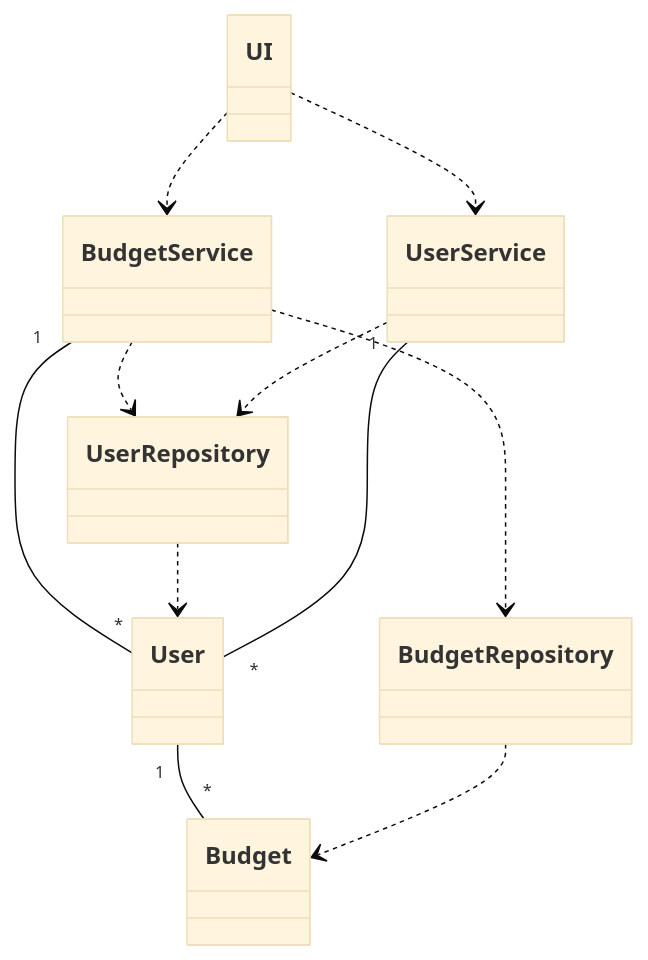
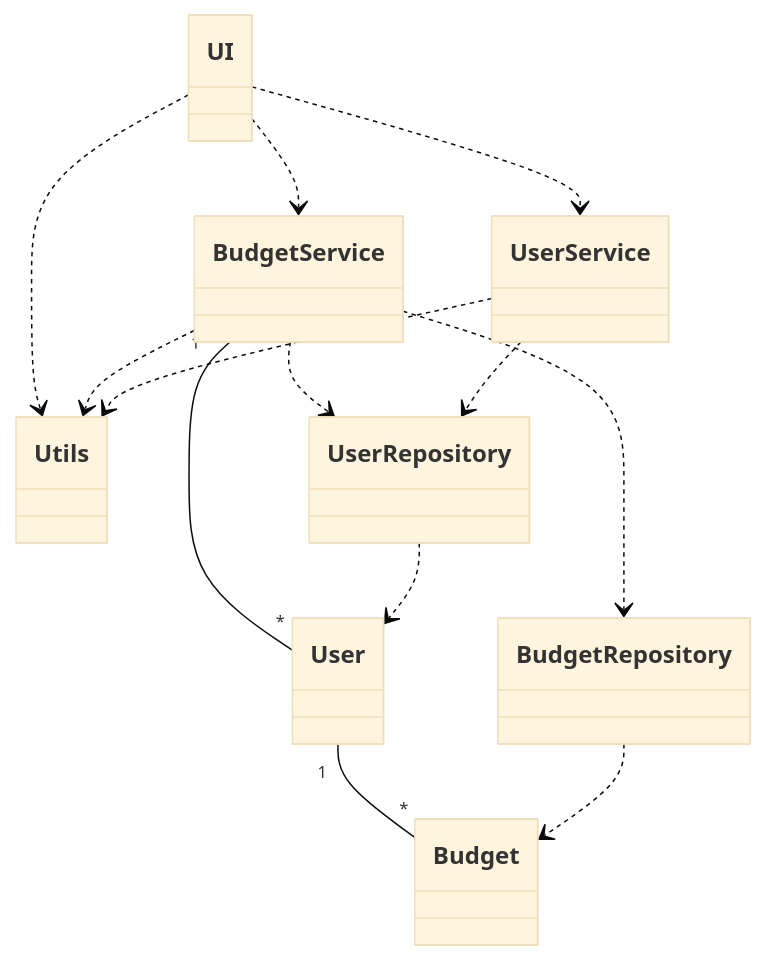
The second of 5 diagrams in dokumentaatio/arkkitehtuuri.md (jensjvh/ot-harjoitusty-), drawn with Mermaid (base theme) before and after one commit. The commit also changed other lines of this file, not shown here.

````diff
--- a/dokumentaatio/arkkitehtuuri.md
+++ b/dokumentaatio/arkkitehtuuri.md
@@ -21,13 +23,15 @@
 ```mermaid
   classDiagram
     UI  ..> BudgetService
+    UI  ..> UserService
+    UI  ..> Utils
     BudgetService ..> UserRepository
     BudgetService ..> BudgetRepository
+    BudgetService ..> Utils
+    UserService ..> UserRepository
+    UserService ..> Utils
     BudgetService "1" -- "*" User
     User "1" -- "*" Budget
     UserRepository ..> User
     BudgetRepository ..> Budget
-    UI ..> UserService
-    UserService ..> UserRepository
-    UserService "1" -- "*" User
 ```
````
